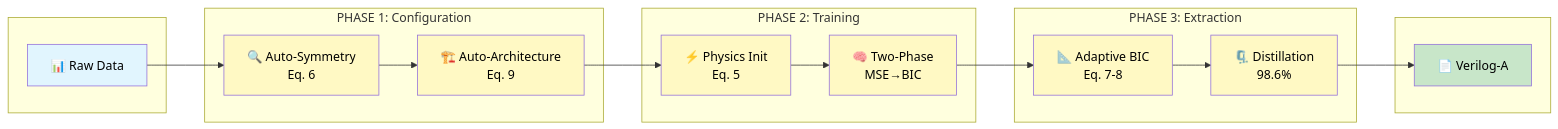
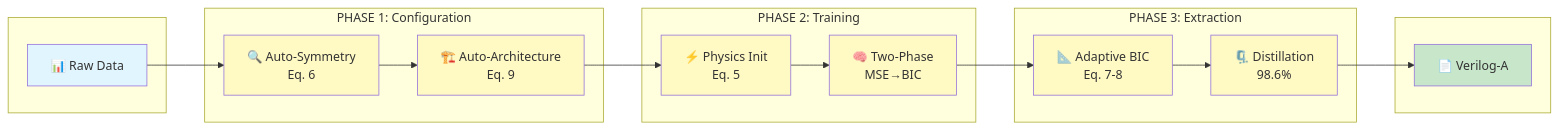
One commit to jurjsorinliviu/Psi-Vortex changed the first of 7 diagrams in README.md. Above: the diagram before and after it, drawn with Mermaid. The commit also changed other lines of this file, not shown here.

````diff
--- a/README.md
+++ b/README.md
@@ -20,36 +20,36 @@
 ```mermaid
 flowchart LR
     subgraph IN[" "]
         A["📊 Raw Data"]
     end
     
     subgraph P1["PHASE 1: Configuration"]
         B["🔍 Auto-Symmetry<br>Eq. 6"]
         C["🏗️ Auto-Architecture<br>Eq. 9"]
     end
     
     subgraph P2["PHASE 2: Training"]
         D["⚡ Physics Init<br>Eq. 5"]
         E["🧠 Two-Phase<br>MSE→BIC"]
     end
     
     subgraph P3["PHASE 3: Extraction"]
         F["📐 Adaptive BIC<br>Eq. 7-8"]
         G["🗜️ Distillation<br>98.6%"]
     end
     
     subgraph OUT[" "]
         H["📄 Verilog-A"]
     end
     
     A --> B --> C --> D --> E --> F --> G --> H
     
-    style A fill:#e1f5fe,color:#000000
-    style H fill:#c8e6c9,color:#000000
-    style B fill:#fff9c4,color:#000000
-    style C fill:#fff9c4,color:#000000
-    style D fill:#fff9c4,color:#000000
-    style E fill:#fff9c4,color:#000000
-    style F fill:#fff9c4,color:#000000
-    style G fill:#fff9c4,color:#000000
+    style A fill:#e1f5fe
+    style H fill:#c8e6c9
+    style B fill:#fff9c4
+    style C fill:#fff9c4
+    style D fill:#fff9c4
+    style E fill:#fff9c4
+    style F fill:#fff9c4
+    style G fill:#fff9c4
 ```
````
